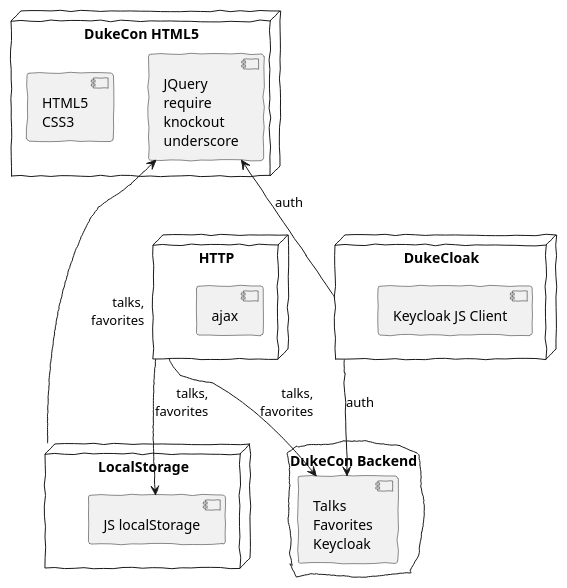
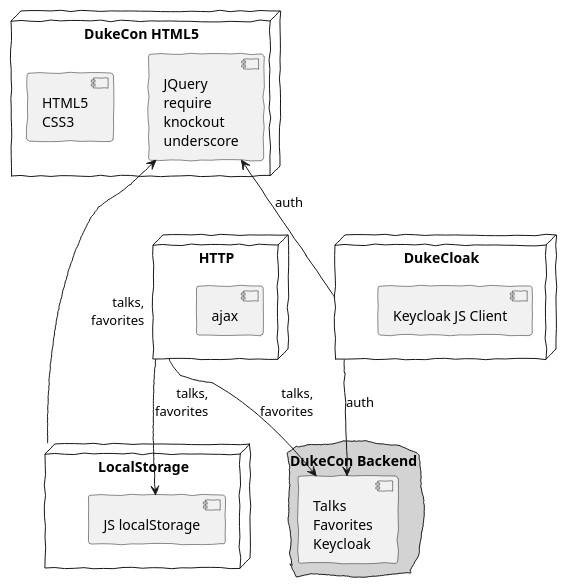
The diagram in src/main/asciidoc/html5-architecture.puml (dukecon/dukecon), drawn with PlantUML before and after one commit.

Commit message:
tweak color in html5-architecture

```diff
--- a/src/main/asciidoc/html5-architecture.puml
+++ b/src/main/asciidoc/html5-architecture.puml
@@ -1,32 +1,32 @@
 @startuml
 skinparam handwritten true
 
 node "DukeCon HTML5" {
 [JQuery\rrequire\rknockout\runderscore]
 [HTML5\rCSS3]
 }
 
 node "HTTP" {
 [ajax]
 }
 
 node "LocalStorage" {
 [JS localStorage]
 }
 
 node "DukeCloak" {
     [Keycloak JS Client]
 }
 
-cloud "DukeCon Backend" {
+cloud "DukeCon Backend"  #lightgray {
     [Talks\rFavorites\rKeycloak]
 }
 
 HTTP --> (Talks\rFavorites\rKeycloak) : talks,\rfavorites
 HTTP --> (JS localStorage) : talks,\rfavorites
 LocalStorage -up-> (JQuery\rrequire\rknockout\runderscore) : talks,\rfavorites
 DukeCloak --> (Talks\rFavorites\rKeycloak) : auth
 DukeCloak -up-> (JQuery\rrequire\rknockout\runderscore) : auth
 
 
 @enduml
```
